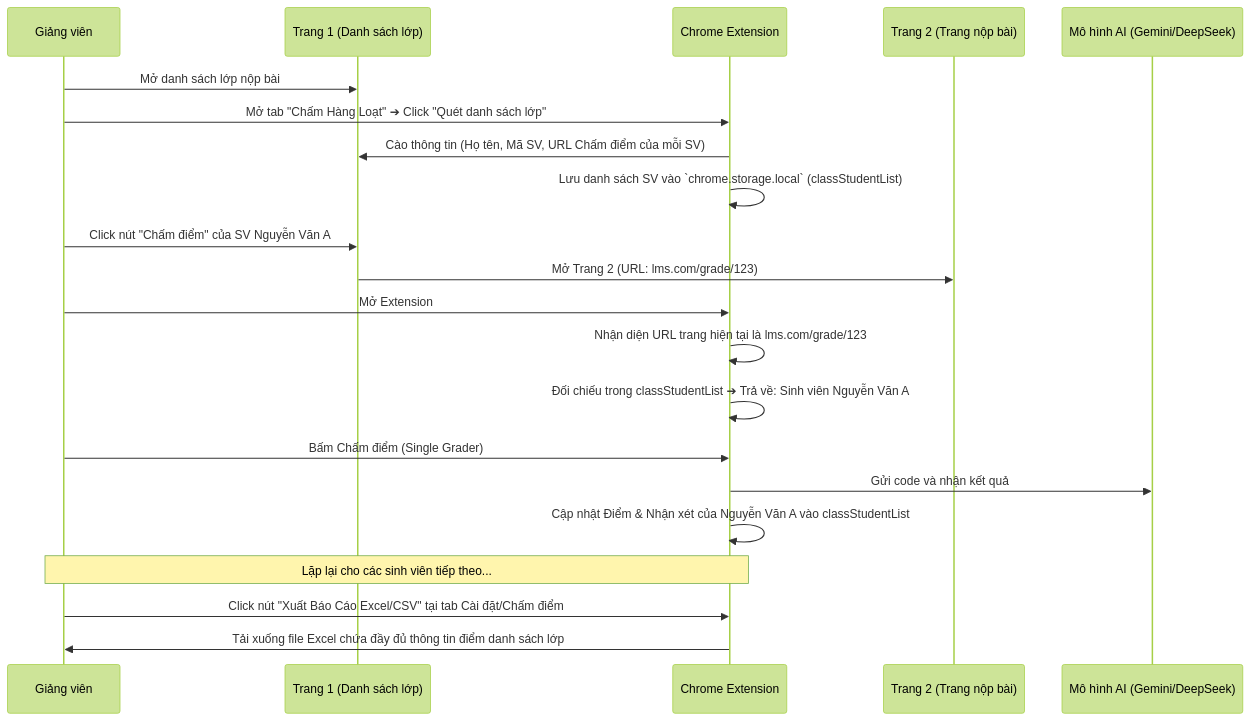
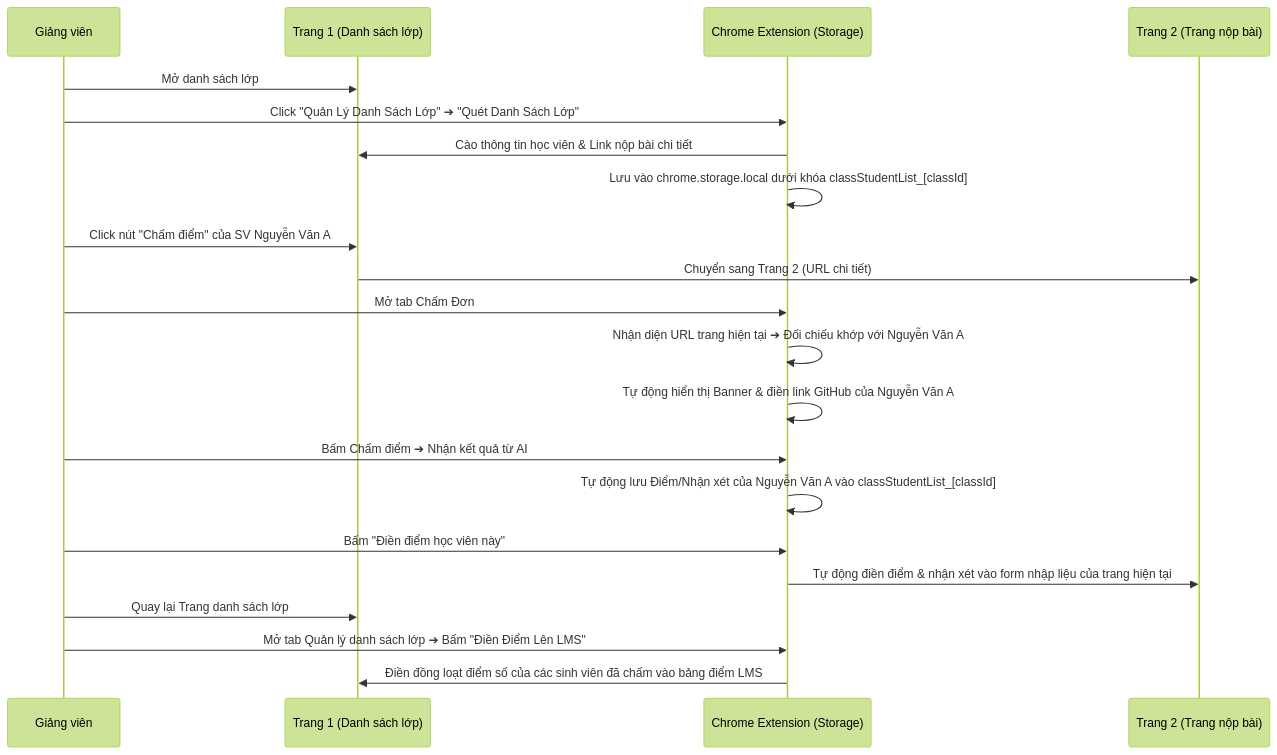
The diagram in IMPLEMENTATION_PLAN_V3.3.0.md (taipn-rikkeiedu/AutoScoring), drawn with Mermaid (forest theme) before and after one commit. The commit also changed other lines of this file and 7 other files, not shown here.

Commit message:
feat(extension): Implement cross-page student mapping and Excel CSV report compilation v3.3.0

````diff
--- a/IMPLEMENTATION_PLAN_V3.3.0.md
+++ b/IMPLEMENTATION_PLAN_V3.3.0.md
@@ -20,27 +24,27 @@
 ```mermaid
 sequenceDiagram
     participant GV as Giảng viên
     participant T1 as Trang 1 (Danh sách lớp)
-    participant EXT as Chrome Extension
+    participant EXT as Chrome Extension (Storage)
     participant T2 as Trang 2 (Trang nộp bài)
-    participant AI as Mô hình AI (Gemini/DeepSeek)
 
-    GV->>T1: Mở danh sách lớp nộp bài
-    GV->>EXT: Mở tab "Chấm Hàng Loạt" ➔ Click "Quét danh sách lớp"
-    EXT->>T1: Cào thông tin (Họ tên, Mã SV, URL Chấm điểm của mỗi SV)
-    EXT->>EXT: Lưu danh sách SV vào `chrome.storage.local` (classStudentList)
+    GV->>T1: Mở danh sách lớp
+    GV->>EXT: Click "Quản Lý Danh Sách Lớp" ➔ "Quét Danh Sách Lớp"
+    EXT->>T1: Cào thông tin học viên & Link nộp bài chi tiết
+    EXT->>EXT: Lưu vào chrome.storage.local dưới khóa classStudentList_[classId]
     
     GV->>T1: Click nút "Chấm điểm" của SV Nguyễn Văn A
-    T1->>T2: Mở Trang 2 (URL: lms.com/grade/123)
-    GV->>EXT: Mở Extension
-    EXT->>EXT: Nhận diện URL trang hiện tại là lms.com/grade/123
-    EXT->>EXT: Đối chiếu trong classStudentList ➔ Trả về: Sinh viên Nguyễn Văn A
-    GV->>EXT: Bấm Chấm điểm (Single Grader)
-    EXT->>AI: Gửi code và nhận kết quả
-    EXT->>EXT: Cập nhật Điểm & Nhận xét của Nguyễn Văn A vào classStudentList
+    T1->>T2: Chuyển sang Trang 2 (URL chi tiết)
+    GV->>EXT: Mở tab Chấm Đơn
+    EXT->>EXT: Nhận diện URL trang hiện tại ➔ Đối chiếu khớp với Nguyễn Văn A
+    EXT->>EXT: Tự động hiển thị Banner & điền link GitHub của Nguyễn Văn A
     
-    Note over GV,EXT: Lặp lại cho các sinh viên tiếp theo...
+    GV->>EXT: Bấm Chấm điểm ➔ Nhận kết quả từ AI
+    EXT->>EXT: Tự động lưu Điểm/Nhận xét của Nguyễn Văn A vào classStudentList_[classId]
+    GV->>EXT: Bấm "Điền điểm học viên này"
+    EXT->>T2: Tự động điền điểm & nhận xét vào form nhập liệu của trang hiện tại
     
-    GV->>EXT: Click nút "Xuất Báo Cáo Excel/CSV" tại tab Cài đặt/Chấm điểm
-    EXT->>GV: Tải xuống file Excel chứa đầy đủ thông tin điểm danh sách lớp
+    GV->>T1: Quay lại Trang danh sách lớp
+    GV->>EXT: Mở tab Quản lý danh sách lớp ➔ Bấm "Điền Điểm Lên LMS"
+    EXT->>T1: Điền đồng loạt điểm số của các sinh viên đã chấm vào bảng điểm LMS
 ```
````
